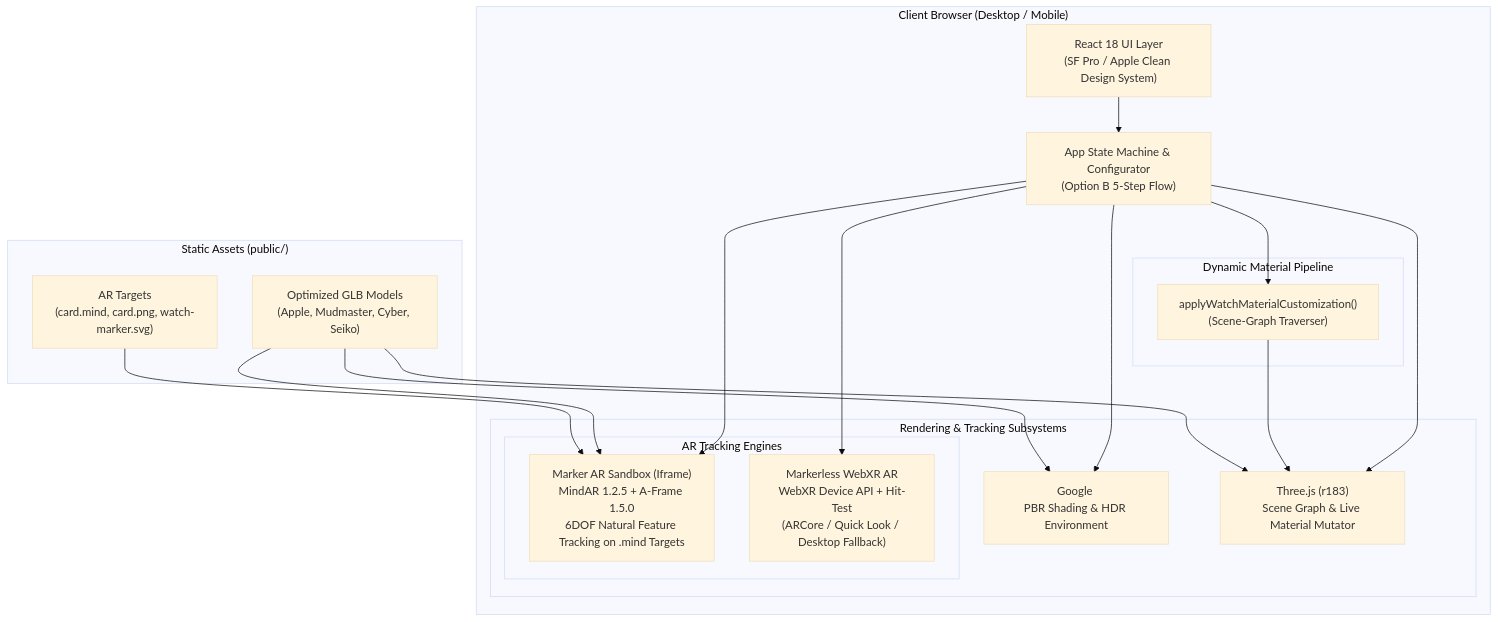
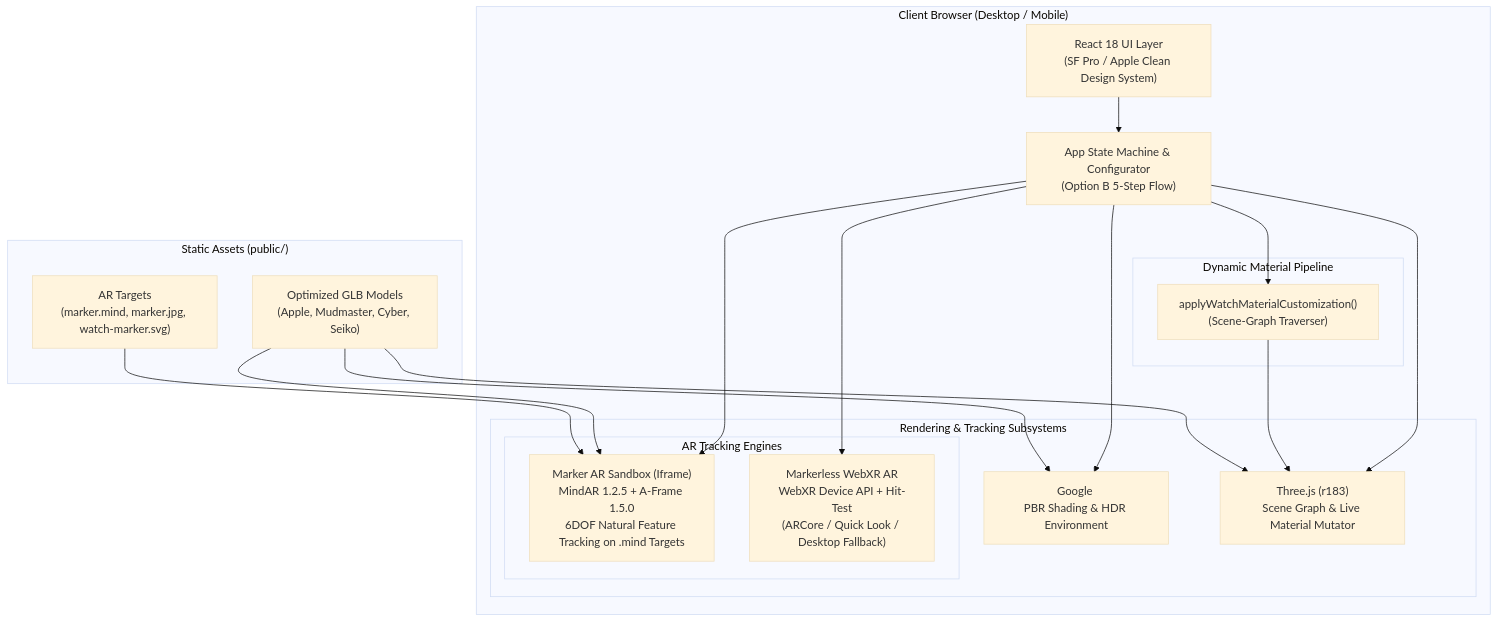
One commit to dhanitha0725/ar-watch-shop changed the first of 3 diagrams in architecture.md. Above: the diagram before and after it, drawn with Mermaid (base theme). The commit also changed other lines of this file and 10 other files, not shown here.

Commit message:
change target card according to updated marker

````diff
--- a/architecture.md
+++ b/architecture.md
@@ -17,39 +17,39 @@
 ```mermaid
 flowchart TD
     subgraph Client ["Client Browser (Desktop / Mobile)"]
         UI["React 18 UI Layer<br/>(SF Pro / Apple Clean Design System)"]
         StateMgr["App State Machine & Configurator<br/>(Option B 5-Step Flow)"]
         
         subgraph Subsystems ["Rendering & Tracking Subsystems"]
             MV["Google <model-viewer><br/>PBR Shading & HDR Environment"]
             ThreeCore["Three.js (r183)<br/>Scene Graph & Live Material Mutator"]
             
             subgraph ARModes ["AR Tracking Engines"]
                 MindAR["Marker AR Sandbox (Iframe)<br/>MindAR 1.2.5 + A-Frame 1.5.0<br/>6DOF Natural Feature Tracking on .mind Targets"]
                 WebXR["Markerless WebXR AR<br/>WebXR Device API + Hit-Test<br/>(ARCore / Quick Look / Desktop Fallback)"]
             end
         end
         
         subgraph MutatorPipeline ["Dynamic Material Pipeline"]
             MatMut["applyWatchMaterialCustomization()<br/>(Scene-Graph Traverser)"]
         end
     end
 
     subgraph Assets ["Static Assets (public/)"]
         GLB["Optimized GLB Models<br/>(Apple, Mudmaster, Cyber, Seiko)"]
-        Markers["AR Targets<br/>(card.mind, card.png, watch-marker.svg)"]
+        Markers["AR Targets<br/>(marker.mind, marker.jpg, watch-marker.svg)"]
     end
 
     UI --> StateMgr
     StateMgr --> MV
     StateMgr --> ThreeCore
     StateMgr --> MindAR
     StateMgr --> WebXR
     
     StateMgr --> MatMut --> ThreeCore
     
     GLB --> MV
     GLB --> ThreeCore
     GLB --> MindAR
     Markers --> MindAR
 ```
````
